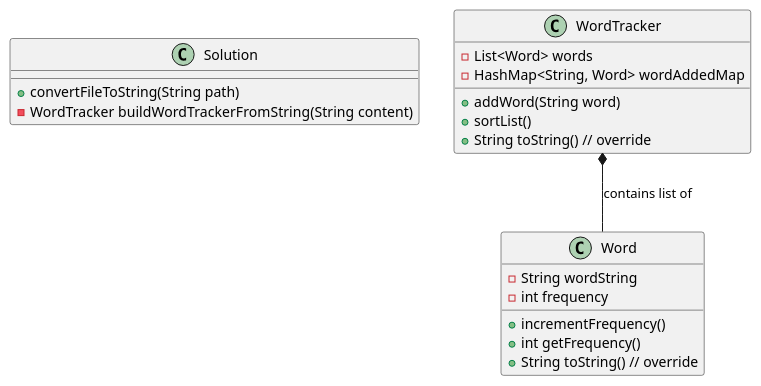
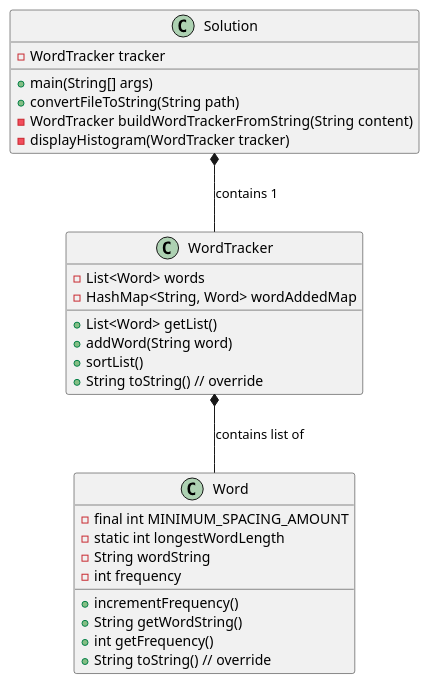
One commit to billyfurie/furie-a04 changed the diagram in exercise46/docs/diagram.puml. Above: the diagram before and after it, drawn with PlantUML. The commit also changed 17 other files, not shown here.

```diff
--- a/exercise46/docs/diagram.puml
+++ b/exercise46/docs/diagram.puml
@@ -1,30 +1,39 @@
 @startuml
 'https://plantuml.com/class-diagram
 
 
 class Solution {
+    -WordTracker tracker
+    +main(String[] args)
     +convertFileToString(String path)
     -WordTracker buildWordTrackerFromString(String content)
+    -displayHistogram(WordTracker tracker)
 }
 
 class Word {
+    -final int MINIMUM_SPACING_AMOUNT
+    -static int longestWordLength
     -String wordString
     -int frequency
 
     +incrementFrequency()
+    +String getWordString()
     +int getFrequency()
     +String toString() // override
 }
 
 class WordTracker {
     -List<Word> words
     -HashMap<String, Word> wordAddedMap
 
+    +List<Word> getList()
     +addWord(String word)
     +sortList()
     +String toString() // override
 }
 
 WordTracker *-- Word : contains list of
 
+Solution *-- WordTracker : contains 1
+
 @enduml
```
